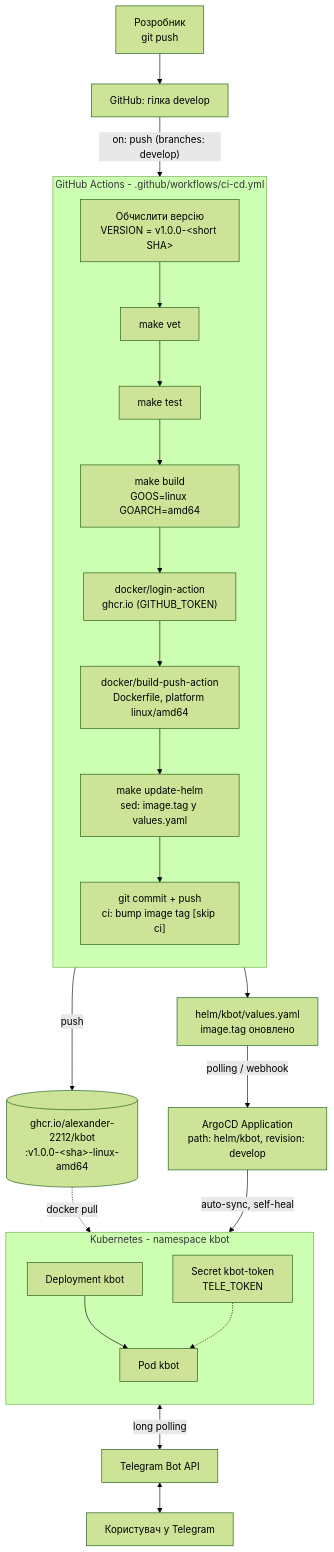
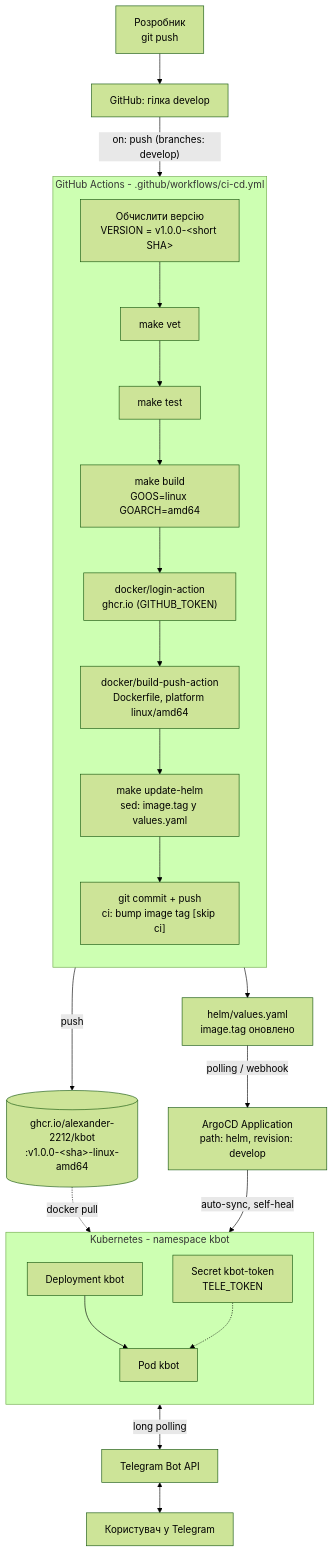
The diagram in README.md (Alexander-2212/kbot), drawn with Mermaid (forest theme) before and after one commit. The commit also changed other lines of this file and 10 other files, not shown here.

Commit message:
helm: move chart to helm/ so values.yaml sits at helm/values.yaml

````diff
--- a/README.md
+++ b/README.md
@@ -22,33 +22,33 @@
 ```mermaid
 flowchart TD
     dev["Розробник<br/>git push"] --> develop["GitHub: гілка develop"]
 
     develop -->|"on: push (branches: develop)"| wf
 
     subgraph wf["GitHub Actions - .github/workflows/ci-cd.yml"]
         direction TB
         meta["Обчислити версію<br/>VERSION = v1.0.0-&lt;short SHA&gt;"] --> vet["make vet"]
         vet --> test["make test"]
         test --> build["make build<br/>GOOS=linux GOARCH=amd64"]
         build --> login["docker/login-action<br/>ghcr.io (GITHUB_TOKEN)"]
         login --> img["docker/build-push-action<br/>Dockerfile, platform linux/amd64"]
         img --> bump["make update-helm<br/>sed: image.tag у values.yaml"]
         bump --> commit["git commit + push<br/>ci: bump image tag [skip ci]"]
     end
 
     img -->|push| ghcr[("ghcr.io/alexander-2212/kbot<br/>:v1.0.0-&lt;sha&gt;-linux-amd64")]
-    commit --> chart["helm/kbot/values.yaml<br/>image.tag оновлено"]
+    commit --> chart["helm/values.yaml<br/>image.tag оновлено"]
 
-    chart -->|"polling / webhook"| argo["ArgoCD Application<br/>path: helm/kbot, revision: develop"]
+    chart -->|"polling / webhook"| argo["ArgoCD Application<br/>path: helm, revision: develop"]
     argo -->|"auto-sync, self-heal"| k8s
 
     subgraph k8s["Kubernetes - namespace kbot"]
         direction TB
         deploy["Deployment kbot"] --> pod["Pod kbot"]
         secret["Secret kbot-token<br/>TELE_TOKEN"] -.-> pod
     end
 
     ghcr -.->|"docker pull"| pod
     pod <-->|"long polling"| tg["Telegram Bot API"]
     tg <--> user["Користувач у Telegram"]
 ```
````
